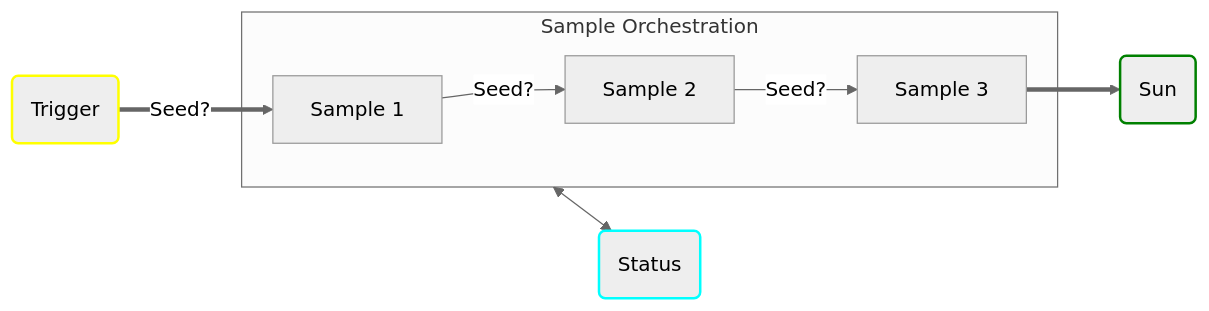
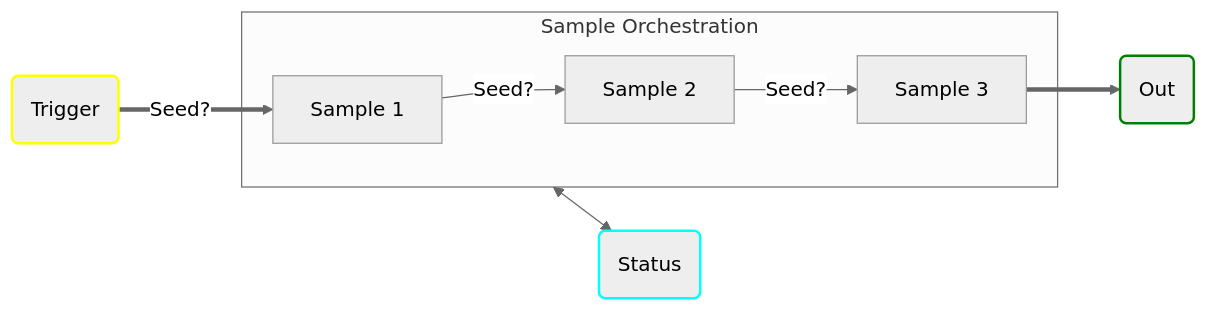
Before and after one commit to eduardorauchbach/Azure-Durable-Function: the second of 2 diagrams in README.md, drawn with Mermaid (neutral theme). The commit also changed other lines of this file, not shown here.

````diff
--- a/README.md
+++ b/README.md
@@ -54,26 +54,26 @@
 ```mermaid
 flowchart LR
 Trigger("Trigger")
 style Trigger stroke:#ff0,stroke-width:2px
 
 subgraph SampleOrchestration["Sample Orchestration"]
   Sample1["Sample 1"]
   Sample2["Sample 2"]
   Sample3["Sample 3"]
 end
 
 Status("Status")
 style Status stroke:cyan,stroke-width:2px
 
-Sun("Sun")
-style Sun stroke:green,stroke-width:2px
+Out("Out")
+style Out stroke:green,stroke-width:2px
 
 SampleOrchestration<-->Status
 
 Trigger ==Seed?==> Sample1
 
 Sample1 --Seed?-->Sample2
 Sample2 --Seed?-->Sample3
 
-Sample3 ==> Sun
+Sample3 ==> Out
 ```
````
